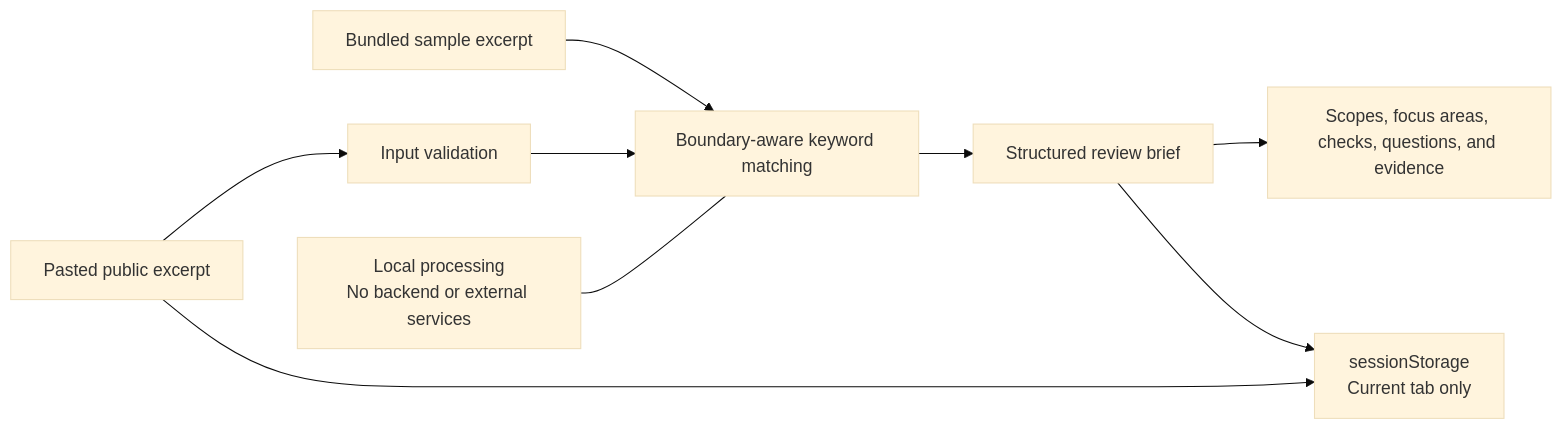
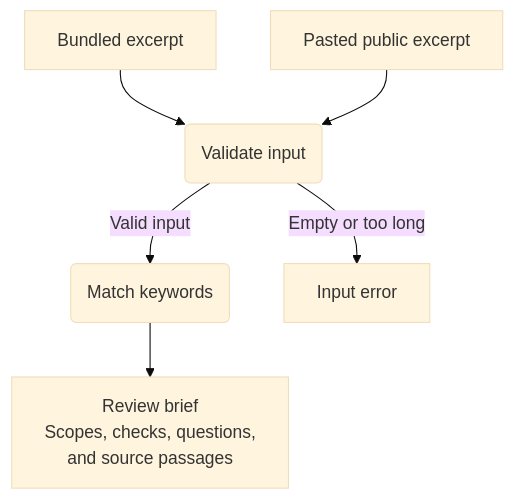
One commit to NikolayAir/tender-review-brief changed the diagram in README.md. Above: the diagram before and after it, drawn with Mermaid (base theme). The commit also changed other lines of this file and 6 other files, not shown here.

````diff
--- a/README.md
+++ b/README.md
@@ -41,14 +25,10 @@
 ```mermaid
-flowchart LR
-    sample["Bundled sample excerpt"] --> matcher["Boundary-aware keyword matching"]
-    pasted["Pasted public excerpt"] --> validation["Input validation"]
-    validation --> matcher
-
-    matcher --> brief["Structured review brief"]
-    brief --> outputs["Scopes, focus areas, checks, questions, and evidence"]
-
-    pasted --> storage["sessionStorage<br/>Current tab only"]
-    brief --> storage
-
-    browser["Local processing<br/>No backend or external services"] --- matcher
+flowchart TD
+    accTitle: Tender review brief generation
+    accDescr: A bundled or pasted excerpt is validated, then matched against keyword rules to produce a review brief. Empty or oversized input produces an error.
+    sample["Bundled excerpt"] --> validate("Validate input")
+    pasted["Pasted public excerpt"] --> validate
+    validate -->|Valid input| rules("Match keywords")
+    validate -->|Empty or too long| error["Input error"]
+    rules --> brief["Review brief<br/>Scopes, checks, questions,<br/>and source passages"]
 ```
````
